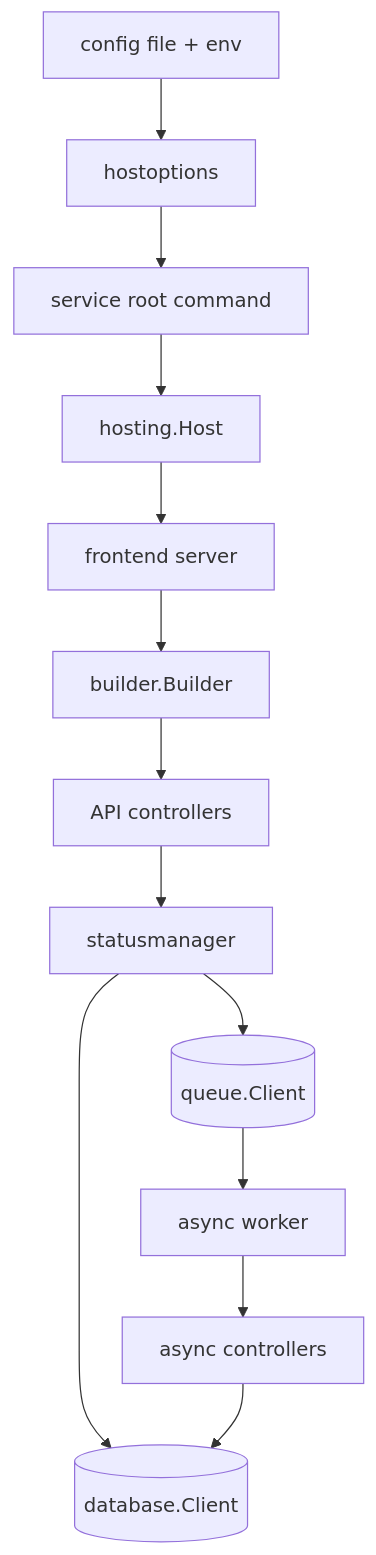
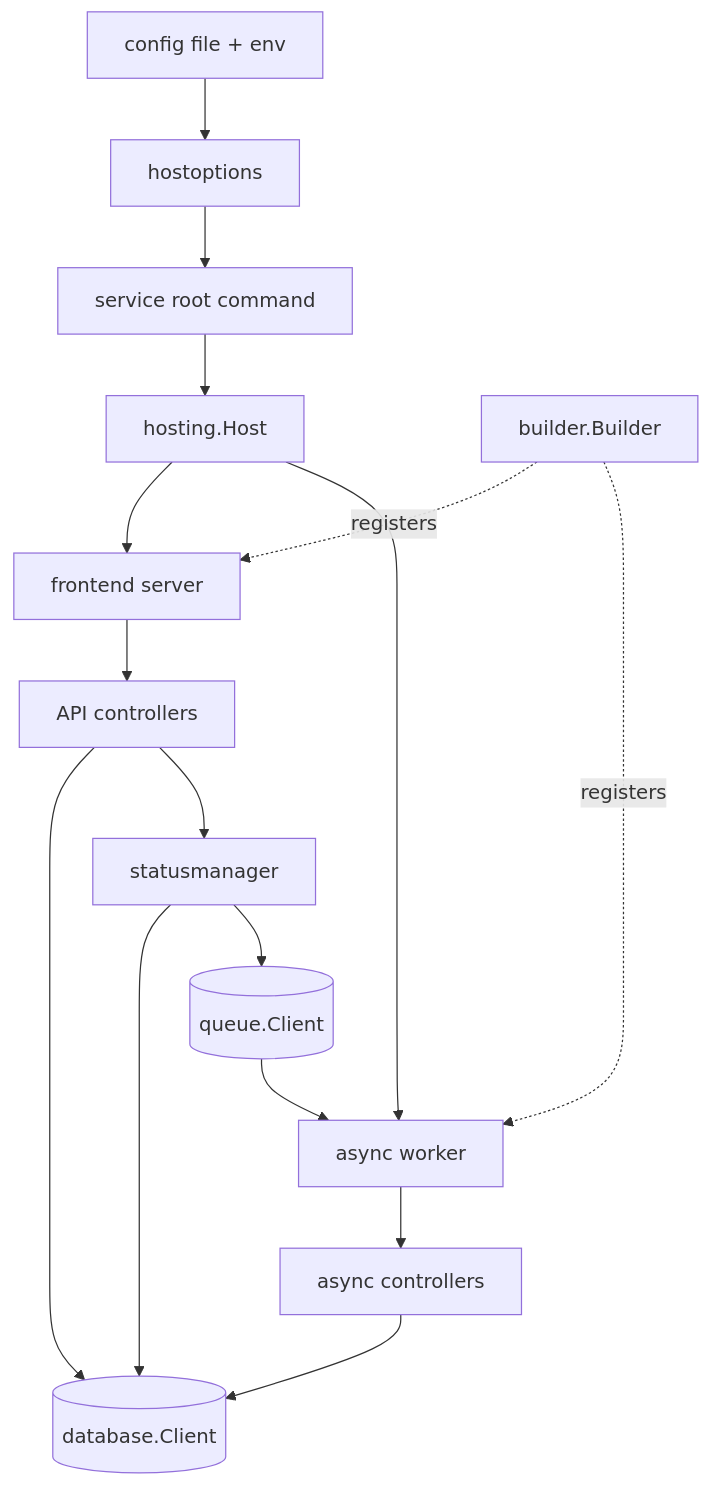
Before and after one commit to radius-project/radius: the diagram in docs/architecture/shared-runtime-and-armrpc.md, drawn with Mermaid. The commit also changed 3 other files, not shown here.

````diff
--- a/docs/architecture/shared-runtime-and-armrpc.md
+++ b/docs/architecture/shared-runtime-and-armrpc.md
@@ -44,28 +44,21 @@
 ```mermaid
 graph TD
-    Config[config file + env]
-    Options[hostoptions]
-    Root[service root command]
-    Host[hosting.Host]
-    HTTP[frontend server]
-    Builder[builder.Builder]
-    API[API controllers]
-    Status[statusmanager]
-    Queue[(queue.Client)]
-    Worker[async worker]
-    AsyncCtrl[async controllers]
-    DB[(database.Client)]
+    Config[config file + env] --> Options[hostoptions]
+    Options --> Root[service root command]
+    Root --> Host[hosting.Host]
 
-    Config --> Options
-    Options --> Root
-    Root --> Host
-    Host --> HTTP
-    HTTP --> Builder
-    Builder --> API
-    API --> Status
+    Host --> HTTP[frontend server]
+    Host --> Worker[async worker]
+
+    Builder[builder.Builder] -.registers.-> HTTP
+    Builder -.registers.-> Worker
+
+    HTTP --> API[API controllers]
+    API --> DB[(database.Client)]
+    API --> Status[statusmanager]
     Status --> DB
-    Status --> Queue
+    Status --> Queue[(queue.Client)]
     Queue --> Worker
-    Worker --> AsyncCtrl
+    Worker --> AsyncCtrl[async controllers]
     AsyncCtrl --> DB
 ```
````
